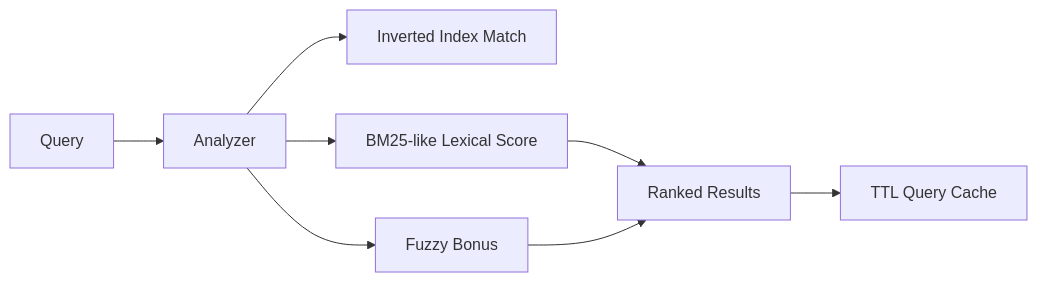
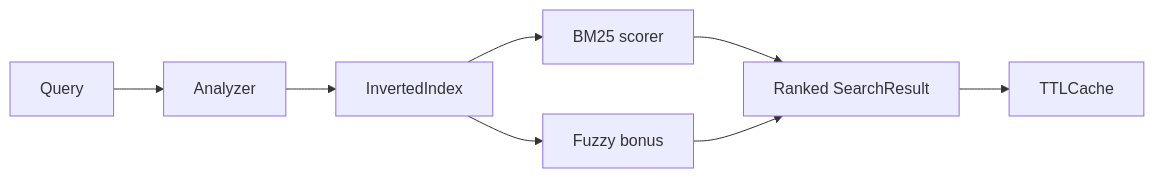
Before and after one commit to The-Outsider-97/SLAI: the third of 3 diagrams in src/functions/README.md, drawn with Mermaid. The commit also changed other lines of this file, not shown here.

````diff
--- a/src/functions/README.md
+++ b/src/functions/README.md
@@ -42,10 +97,10 @@
 ```mermaid
 graph LR
     Q[Query] --> AN[Analyzer]
-    AN --> IDX[Inverted Index Match]
-    AN --> BM[BM25-like Lexical Score]
-    AN --> FZ[Fuzzy Bonus]
-    BM --> R[Ranked Results]
-    FZ --> R
-    R --> C[TTL Query Cache]
+    AN --> IX[InvertedIndex]
+    IX --> BM[BM25 scorer]
+    IX --> FZ[Fuzzy bonus]
+    BM --> RR[Ranked SearchResult]
+    FZ --> RR
+    RR --> CACHE[TTLCache]
 ```
````
